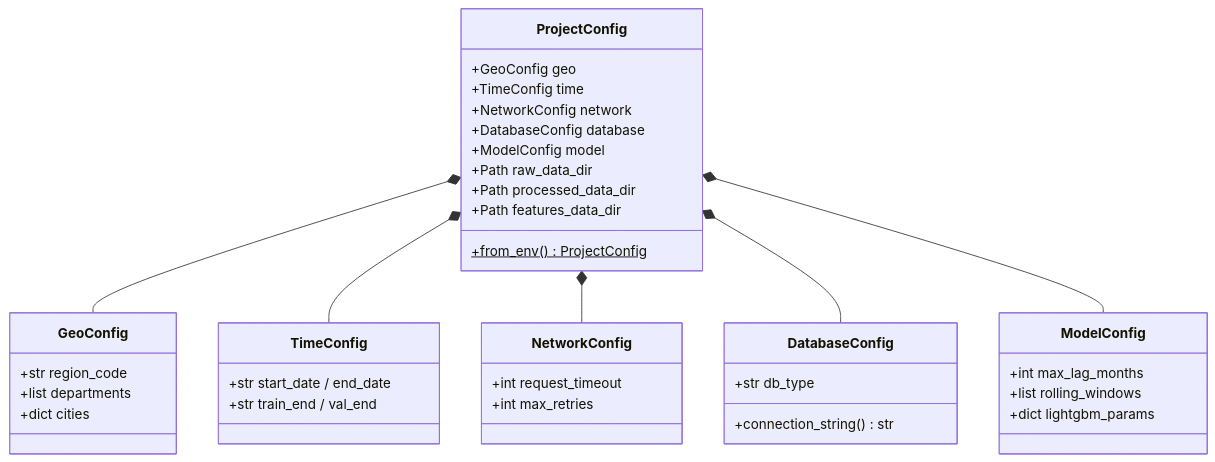
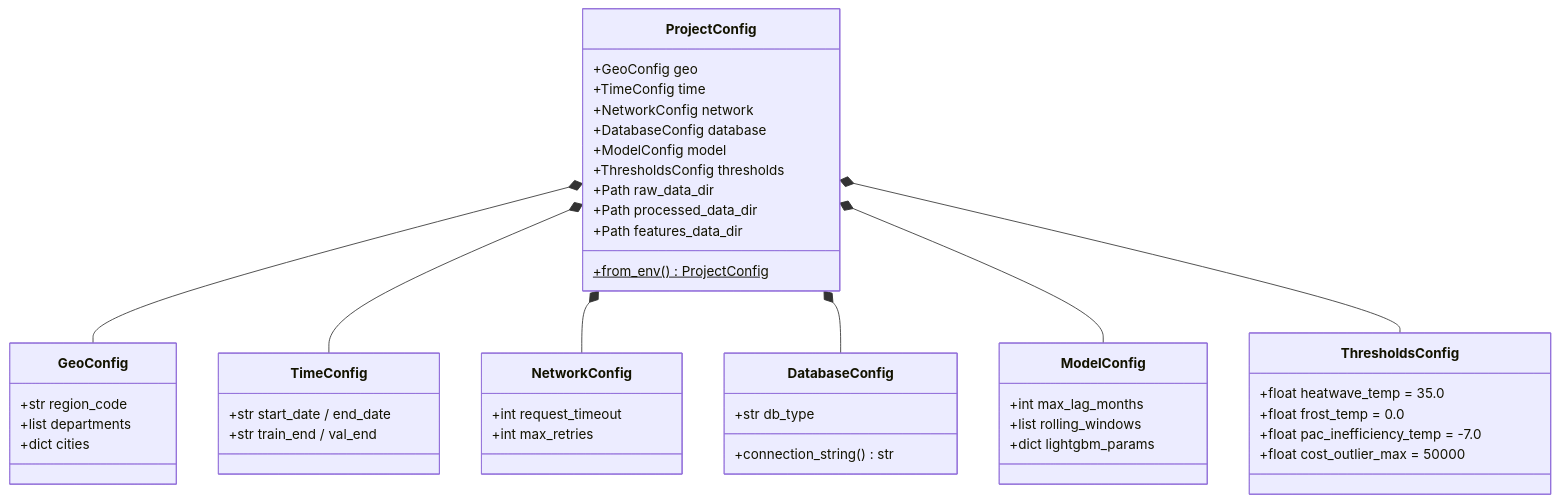
One commit to PDUCLOS/Projet-HVAC changed the sixth of 9 diagrams in docs/DATA_PIPELINE.md. Above: the diagram before and after it, drawn with Mermaid. The commit also changed other lines of this file and 3 other files, not shown here.

````diff
--- a/docs/DATA_PIPELINE.md
+++ b/docs/DATA_PIPELINE.md
@@ -227,41 +279,49 @@
 ```mermaid
 classDiagram
     class ProjectConfig {
         +GeoConfig geo
         +TimeConfig time
         +NetworkConfig network
         +DatabaseConfig database
         +ModelConfig model
+        +ThresholdsConfig thresholds
         +Path raw_data_dir
         +Path processed_data_dir
         +Path features_data_dir
         +from_env()$ ProjectConfig
     }
     class GeoConfig {
         +str region_code
         +list departments
         +dict cities
     }
     class TimeConfig {
         +str start_date / end_date
         +str train_end / val_end
     }
     class NetworkConfig {
         +int request_timeout
         +int max_retries
     }
     class DatabaseConfig {
         +str db_type
         +connection_string() str
     }
     class ModelConfig {
         +int max_lag_months
         +list rolling_windows
         +dict lightgbm_params
     }
+    class ThresholdsConfig {
+        +float heatwave_temp = 35.0
+        +float frost_temp = 0.0
+        +float pac_inefficiency_temp = -7.0
+        +float cost_outlier_max = 50000
+    }
     ProjectConfig *-- GeoConfig
     ProjectConfig *-- TimeConfig
     ProjectConfig *-- NetworkConfig
     ProjectConfig *-- DatabaseConfig
     ProjectConfig *-- ModelConfig
+    ProjectConfig *-- ThresholdsConfig
 ```
````
